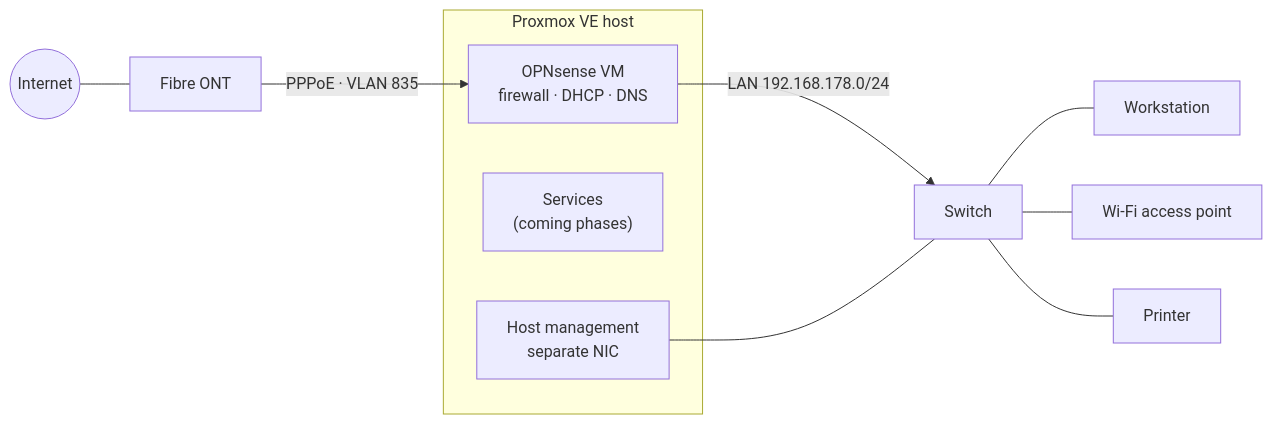
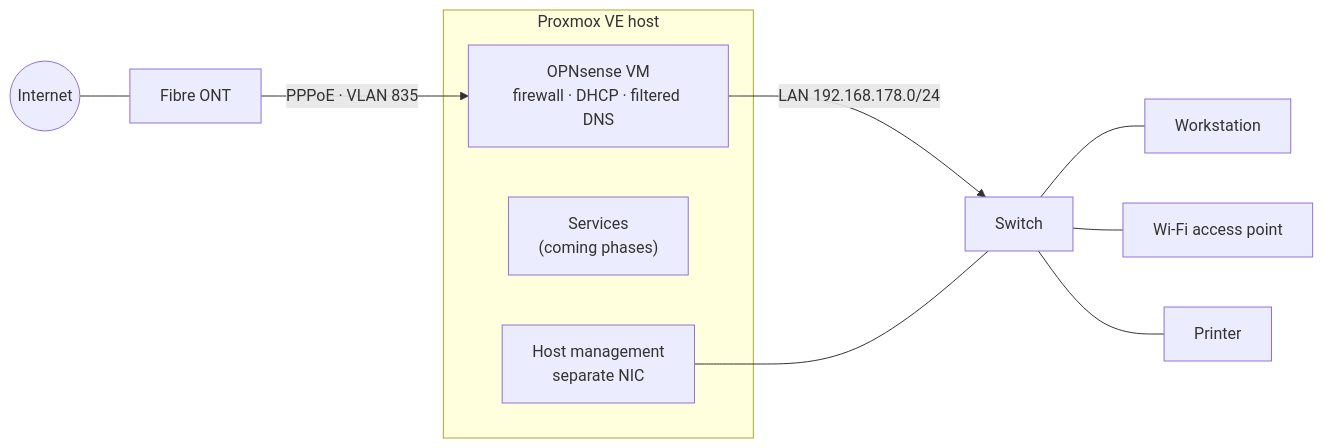
The diagram in README.md (furorignis/HomeLab), drawn with Mermaid before and after one commit. The commit also changed other lines of this file and 1 other file, not shown here.

````diff
--- a/README.md
+++ b/README.md
@@ -18,15 +19,15 @@
 ```mermaid
 flowchart LR
   NET(("Internet")) --- ONT["Fibre ONT"]
   ONT -->|"PPPoE · VLAN 835"| OPN
   subgraph host["Proxmox VE host"]
-    OPN["OPNsense VM<br/>firewall · DHCP · DNS"]
+    OPN["OPNsense VM<br/>firewall · DHCP · filtered DNS"]
     SVC["Services<br/>(coming phases)"]
     HM["Host management<br/>separate NIC"]
   end
   OPN -->|"LAN 192.168.178.0/24"| SW["Switch"]
   HM --- SW
   SW --- PC["Workstation"]
   SW --- AP["Wi-Fi access point"]
   SW --- PR["Printer"]
 ```
````
